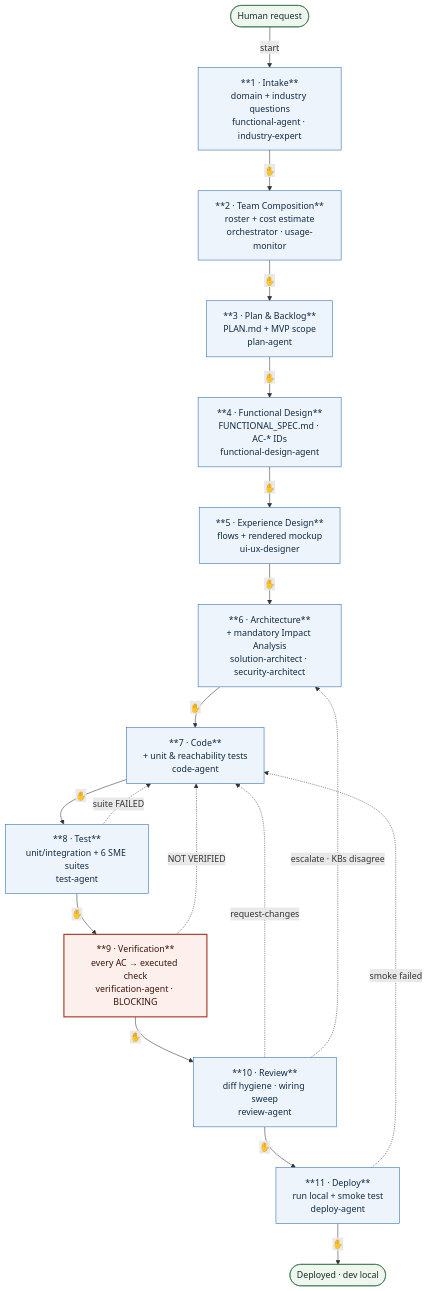
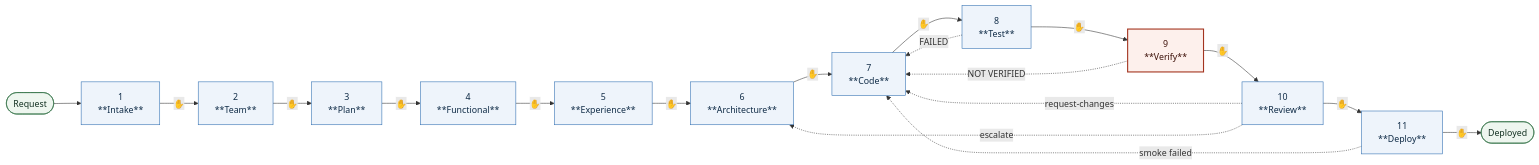
Before and after one commit to tandonakhil/AICluadeCode: the diagram in admin/PIPELINE.md, drawn with Mermaid. The commit also changed other lines of this file and 7 other files, not shown here.

First line of the commit message:
Pipeline visibility: /ProjectStatus, portfolio graphs, LR layout, mandatory report-out

````diff
--- a/admin/PIPELINE.md
+++ b/admin/PIPELINE.md
@@ -20,33 +25,33 @@
 ```mermaid
-flowchart TD
-  REQ([Human request]) -->|start| G1
+flowchart LR
+  REQ([Request]) --> G1
 
-  G1["**1 · Intake**<br/>domain + industry questions<br/>functional-agent · industry-expert"]
-  G2["**2 · Team Composition**<br/>roster + cost estimate<br/>orchestrator · usage-monitor"]
-  G3["**3 · Plan &amp; Backlog**<br/>PLAN.md + MVP scope<br/>plan-agent"]
-  G4["**4 · Functional Design**<br/>FUNCTIONAL_SPEC.md · AC-* IDs<br/>functional-design-agent"]
-  G5["**5 · Experience Design**<br/>flows + rendered mockup<br/>ui-ux-designer"]
-  G6["**6 · Architecture**<br/>+ mandatory Impact Analysis<br/>solution-architect · security-architect"]
-  G7["**7 · Code**<br/>+ unit &amp; reachability tests<br/>code-agent"]
-  G8["**8 · Test**<br/>unit/integration + 6 SME suites<br/>test-agent"]
-  G9["**9 · Verification**<br/>every AC → executed check<br/>verification-agent · BLOCKING"]
-  G10["**10 · Review**<br/>diff hygiene · wiring sweep<br/>review-agent"]
-  G11["**11 · Deploy**<br/>run local + smoke test<br/>deploy-agent"]
-  DONE([Deployed · dev local])
+  G1["1<br/>**Intake**"]
+  G2["2<br/>**Team**"]
+  G3["3<br/>**Plan**"]
+  G4["4<br/>**Functional**"]
+  G5["5<br/>**Experience**"]
+  G6["6<br/>**Architecture**"]
+  G7["7<br/>**Code**"]
+  G8["8<br/>**Test**"]
+  G9["9<br/>**Verify**"]
+  G10["10<br/>**Review**"]
+  G11["11<br/>**Deploy**"]
+  DONE([Deployed])
 
   G1 -->|✋| G2 -->|✋| G3 -->|✋| G4 -->|✋| G5 -->|✋| G6 -->|✋| G7
   G7 -->|✋| G8 -->|✋| G9 -->|✋| G10 -->|✋| G11 -->|✋| DONE
 
-  G8  -.->|suite FAILED| G7
+  G8  -.->|FAILED| G7
   G9  -.->|NOT VERIFIED| G7
   G10 -.->|request-changes| G7
-  G10 -.->|escalate · KBs disagree| G6
+  G10 -.->|escalate| G6
   G11 -.->|smoke failed| G7
 
   classDef gate fill:#eef4fb,stroke:#2b6cb0,stroke-width:1px,color:#0f2b46
   classDef block fill:#fdf0ec,stroke:#a3341f,stroke-width:2px,color:#3d1109
   classDef term fill:#eef6ef,stroke:#2f6f43,color:#123021
   class G1,G2,G3,G4,G5,G6,G7,G8,G10,G11 gate
   class G9 block
   class REQ,DONE term
 ```
````
